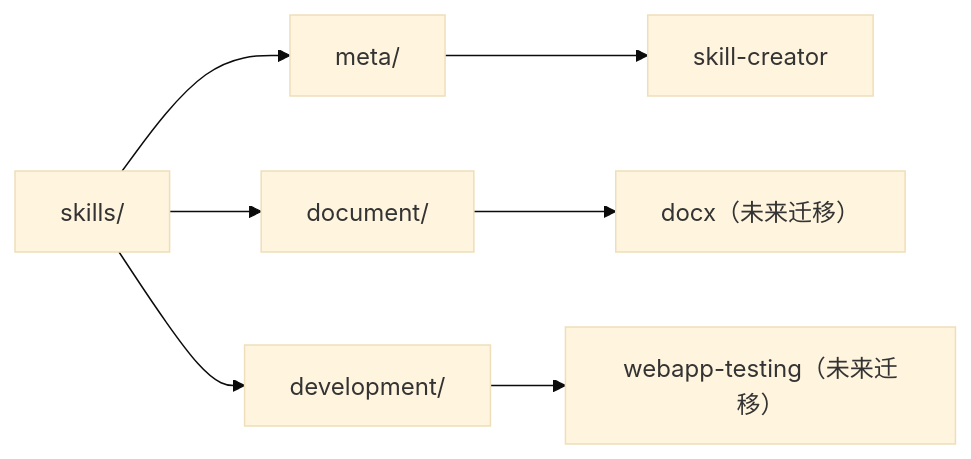
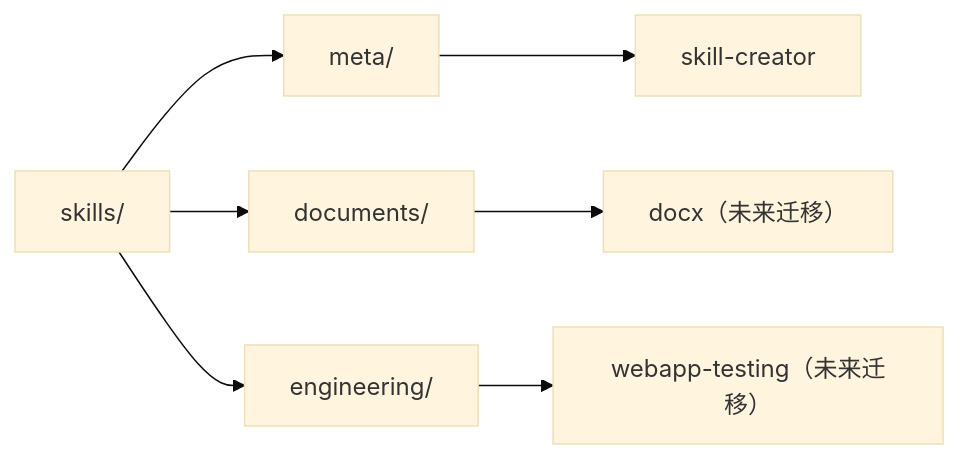
The second of 3 diagrams in docs/skill-library-reorg.md (jinnnyang/skills), drawn with Mermaid (base theme) before and after one commit. The commit also changed other lines of this file and 3 other files, not shown here.

````diff
--- a/docs/skill-library-reorg.md
+++ b/docs/skill-library-reorg.md
@@ -94,9 +108,9 @@
 ```mermaid
 flowchart LR
     Root["skills/"] --> Meta["meta/"]
-    Root --> Doc["document/"]
-    Root --> Dev["development/"]
+    Root --> Doc["documents/"]
+    Root --> Dev["engineering/"]
     Meta --> Sc["skill-creator"]
     Doc --> Dx["docx（未来迁移）"]
     Dev --> Wt["webapp-testing（未来迁移）"]
 ```
````
